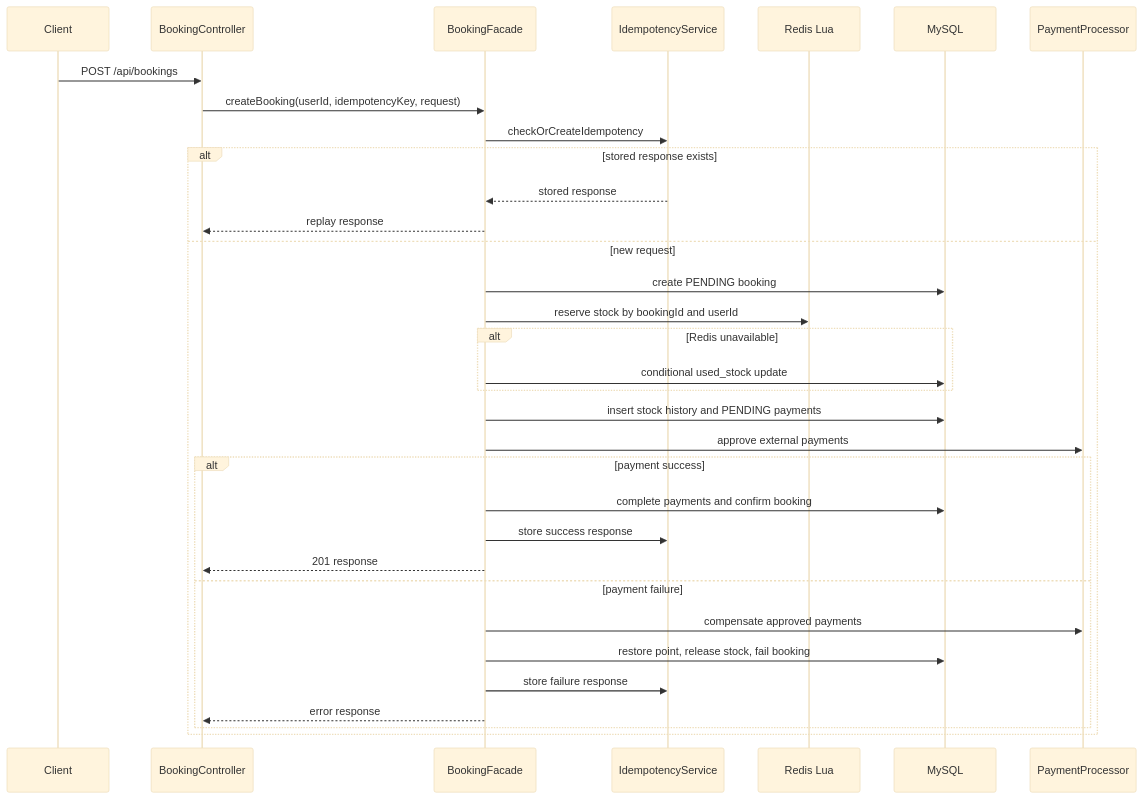
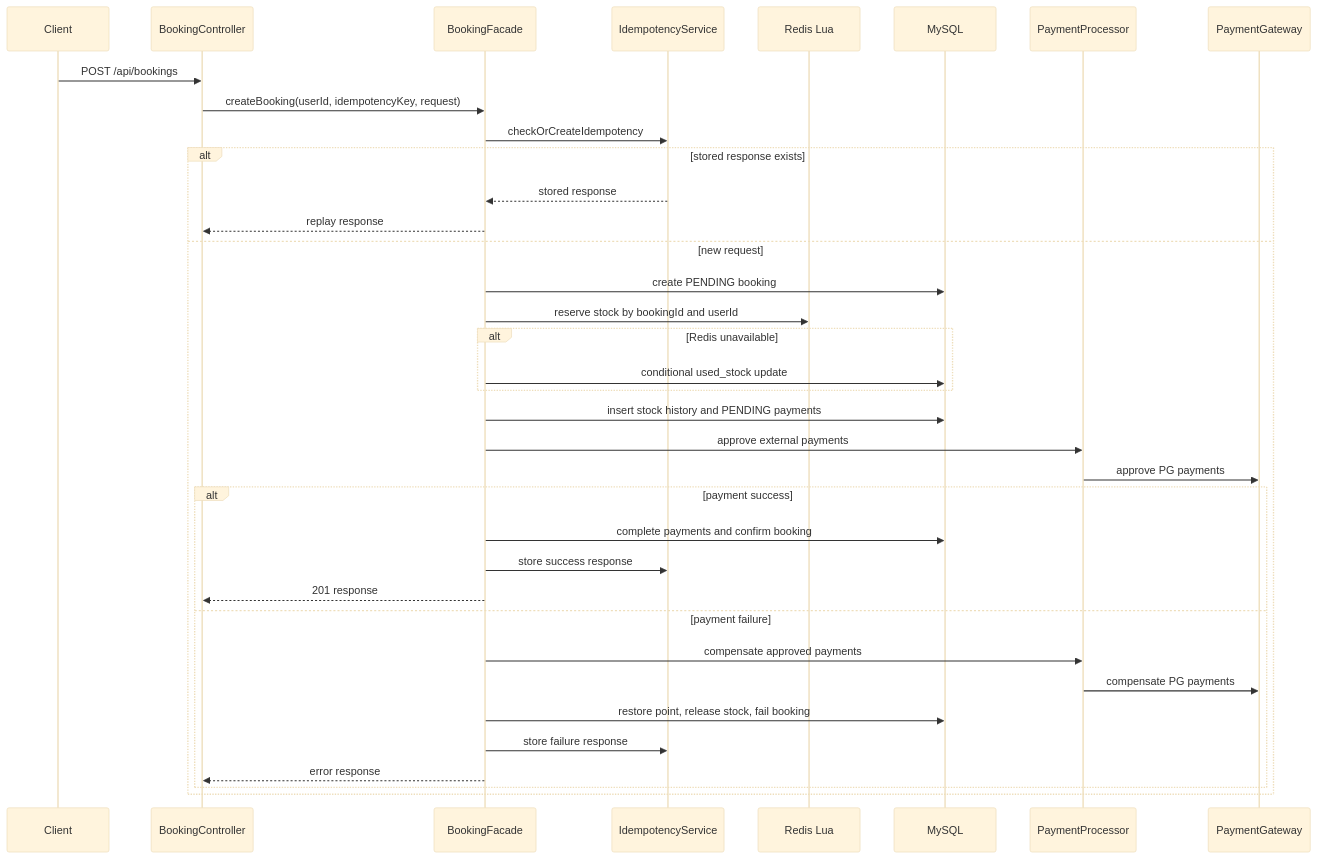
Before and after one commit to sjk4618/BOOKING-SYSTEM: the first of 2 diagrams in README.md, drawn with Mermaid (base theme). The commit also changed other lines of this file and 11 other files, not shown here.

````diff
--- a/README.md
+++ b/README.md
@@ -339,36 +299,39 @@
 ```mermaid
 sequenceDiagram
     participant C as Client
     participant API as BookingController
     participant F as BookingFacade
     participant I as IdempotencyService
     participant R as Redis Lua
     participant DB as MySQL
     participant P as PaymentProcessor
+    participant G as PaymentGateway
 
     C->>API: POST /api/bookings
     API->>F: createBooking(userId, idempotencyKey, request)
     F->>I: checkOrCreateIdempotency
     alt stored response exists
         I-->>F: stored response
         F-->>API: replay response
     else new request
         F->>DB: create PENDING booking
         F->>R: reserve stock by bookingId and userId
         alt Redis unavailable
             F->>DB: conditional used_stock update
         end
         F->>DB: insert stock history and PENDING payments
         F->>P: approve external payments
+        P->>G: approve PG payments
         alt payment success
             F->>DB: complete payments and confirm booking
             F->>I: store success response
             F-->>API: 201 response
         else payment failure
             F->>P: compensate approved payments
+            P->>G: compensate PG payments
             F->>DB: restore point, release stock, fail booking
             F->>I: store failure response
             F-->>API: error response
         end
     end
 ```
````
